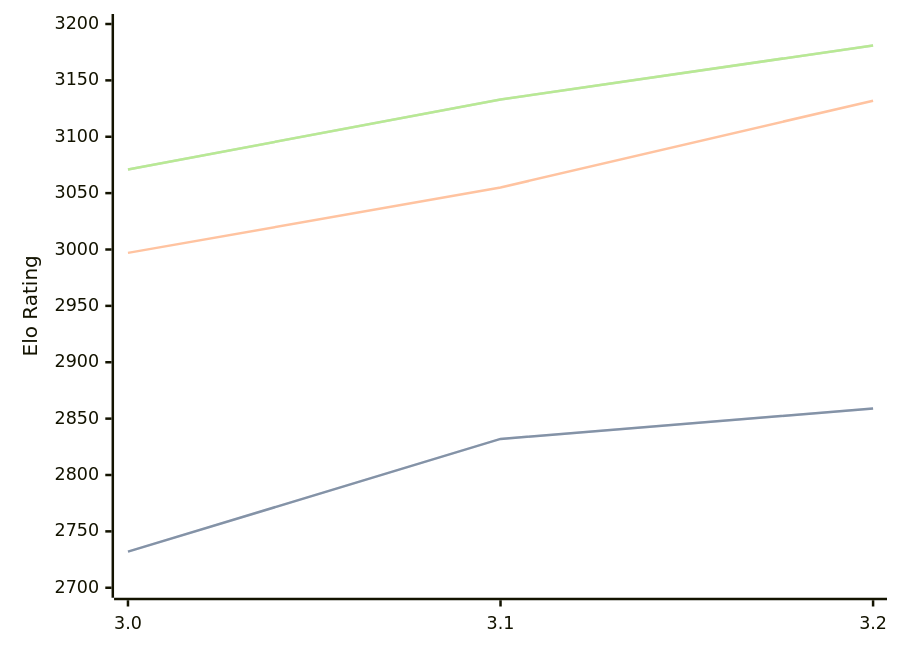
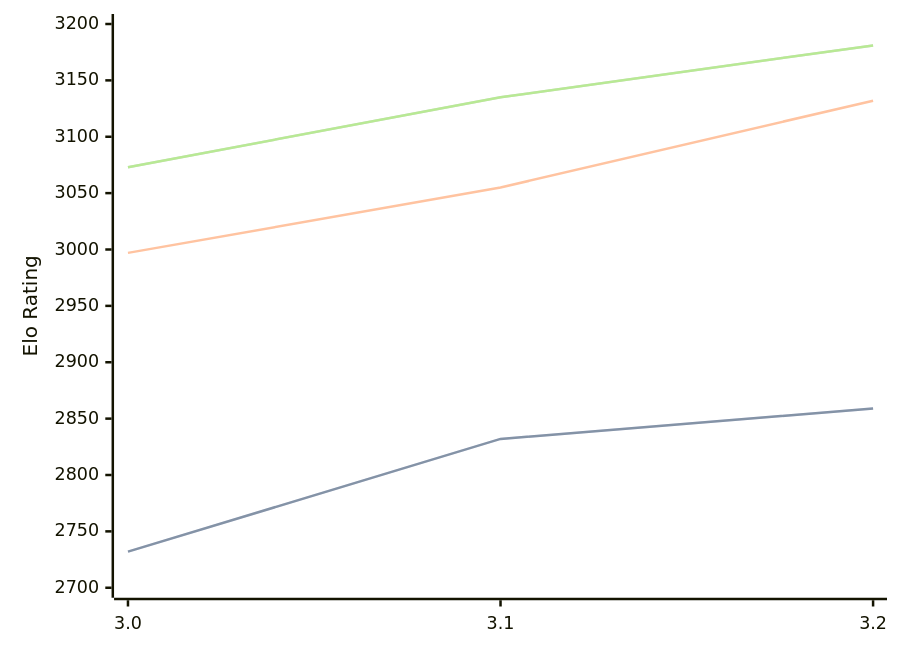
Before and after one commit to computer-chess-index/cci: the diagram in engines/Vajolet2.md, drawn with Mermaid. The commit also changed other lines of this file, not shown here.

Commit message:
Update CCI Ratings (ELO VLTC) - 2026-09-18

````diff
--- a/engines/Vajolet2.md
+++ b/engines/Vajolet2.md
@@ -33,11 +33,11 @@
 ```mermaid
 %%{init: {"theme":"base","themeVariables":{"seriesColors:['#a3a3a3','#222221','#faa371']}}}%%
 xychart-beta
   x-axis ["3.0", "3.1", "3.2"]
   y-axis "Elo Rating" 2700 --> 3200
   line "" [2732, 2832, 2859]
   line "STC (8.0+0.08s)" [2732, 2832, 2859]
   line "LTC (60.0+0.60s)" [2997, 3055, 3132]
-  line "" [3071, 3133, 3181]
-  line "VLTC (2m24s+1.12s)" [3071, 3133, 3181]
+  line "" [3073, 3135, 3181]
+  line "VLTC (2m24s+1.12s)" [3073, 3135, 3181]
 ```
````
